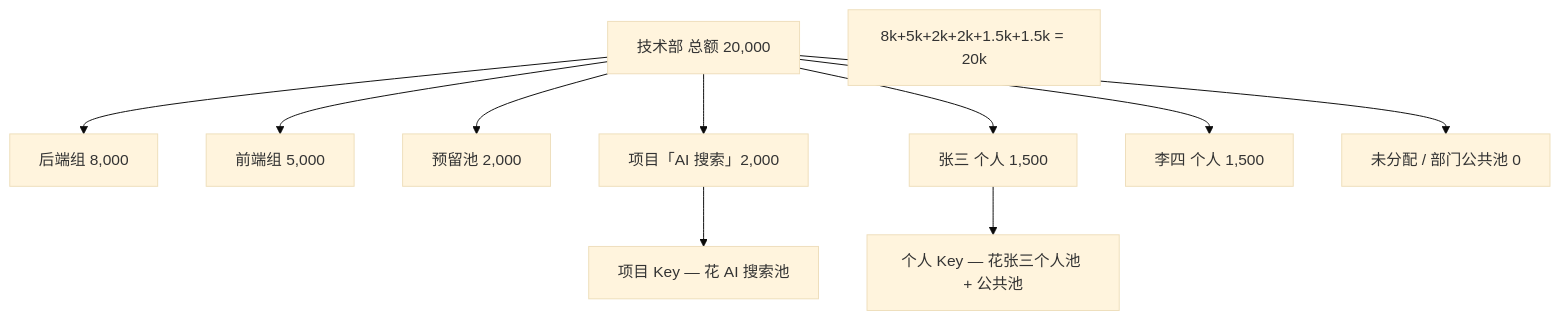
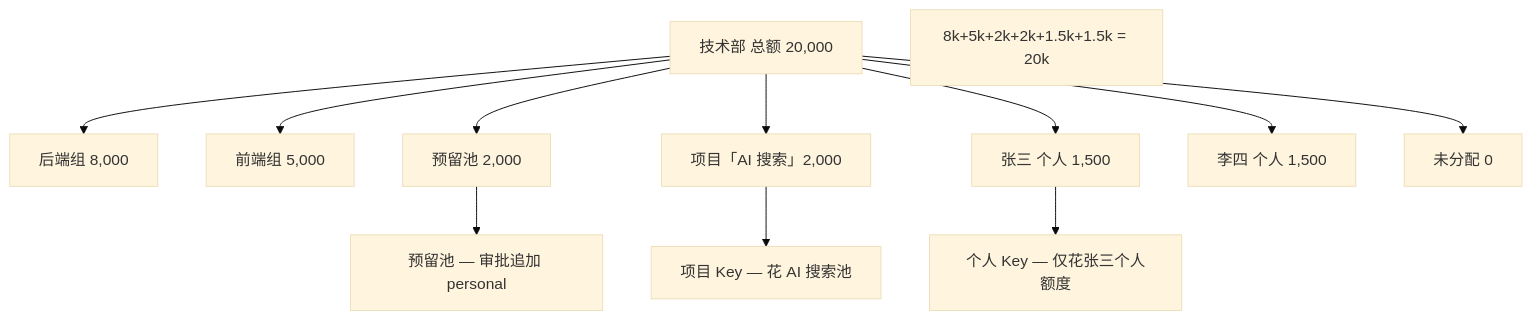
The third of 8 diagrams in docs/预算分配与扣减.md (quyip8818/mytokenjoy), drawn with Mermaid (base theme) before and after one commit. The commit also changed other lines of this file and 105 other files, not shown here.

````diff
--- a/docs/预算分配与扣减.md
+++ b/docs/预算分配与扣减.md
@@ -105,17 +107,18 @@
 ```mermaid
 flowchart TB
   TECH[技术部 总额 20,000]
 
   TECH --> BE[后端组 8,000]
   TECH --> FE[前端组 5,000]
   TECH --> RS[预留池 2,000]
   TECH --> AI[项目「AI 搜索」2,000]
   TECH --> PA[张三 个人 1,500]
   TECH --> PB[李四 个人 1,500]
-  TECH --> UN[未分配 / 部门公共池 0]
+  TECH --> UN[未分配 0]
 
   note1["8k+5k+2k+2k+1.5k+1.5k = 20k"]
 
   AI --> AIK[项目 Key — 花 AI 搜索池]
-  PA --> PAK[个人 Key — 花张三个人池 + 公共池]
+  PA --> PAK[个人 Key — 仅花张三个人额度]
+  RS --> POOL[预留池 — 审批追加 personal]
 ```
````
